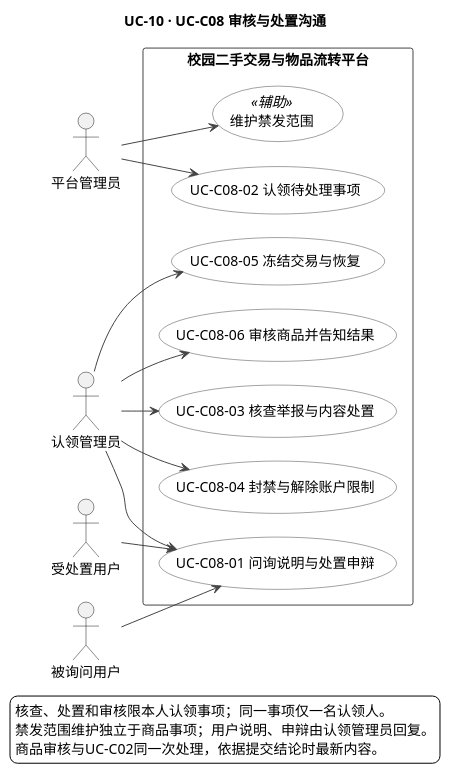
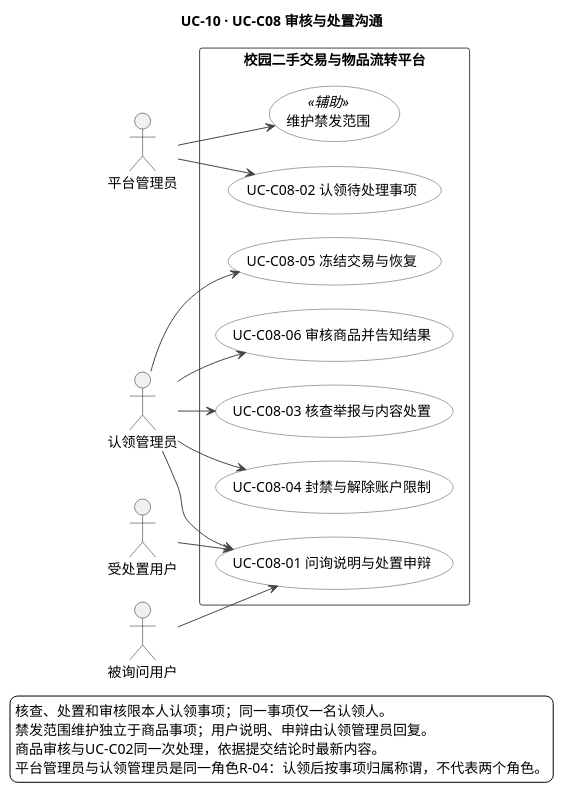
One commit to iy88/se-course-project-1 changed the diagram in docs/appendices/models/UC-10-审核与处置沟通用例图.puml. Above: the diagram before and after it, drawn with PlantUML. The commit also changed 14 other files, not shown here.

```diff
--- a/docs/appendices/models/UC-10-审核与处置沟通用例图.puml
+++ b/docs/appendices/models/UC-10-审核与处置沟通用例图.puml
@@ -1,96 +1,97 @@
 @startuml
-' Version: 0.1.0
-' Version-Datetime: 2026-10-26T12:37:57+08:00
+' Version: 0.1.1
+' Version-Datetime: 2026-10-29T14:58:36+08:00
 title UC-10 · UC-C08 审核与处置沟通
 
 skinparam backgroundColor #FFFFFF
 skinparam defaultFontName "PingFang SC"
 skinparam shadowing false
 skinparam nodesep 24
 skinparam ranksep 38
 skinparam usecase {
   BackgroundColor #FFFFFF
   BorderColor #444444
 }
 skinparam rectangle {
   BackgroundColor #FFFFFF
   BorderColor #444444
 }
 skinparam ArrowColor #444444
 skinparam noteBackgroundColor #FFFFFF
 left to right direction
 
 actor 平台管理员 as Admin
 actor 认领管理员 as ClaimAdmin
 actor 受处置用户 as Sanctioned
 actor 被询问用户 as Inquired
 
 rectangle "校园二手交易与物品流转平台" {
   usecase (UC-C08-01 问询说明与处置申辩) as C0801
   usecase (UC-C08-02 认领待处理事项) as C0802
   usecase (UC-C08-03 核查举报与内容处置) as C0803
   usecase (UC-C08-04 封禁与解除账户限制) as C0804
   usecase (UC-C08-05 冻结交易与恢复) as C0805
   usecase (UC-C08-06 审核商品并告知结果) as C0806
   usecase (维护禁发范围) as C08A1 <<辅助>>
 }
 
 Admin --> C0802
 Admin --> C08A1
 ClaimAdmin --> C0801
 ClaimAdmin --> C0803
 ClaimAdmin --> C0804
 ClaimAdmin --> C0805
 ClaimAdmin --> C0806
 Sanctioned --> C0801
 Inquired --> C0801
 
 ' note right of C0802
 '   同一事项同时仅一名认领人；管理员待办来自
 '   共享处理池，不发送站内通知（BR-34）。
 ' end note
 
 ' note bottom of C0801
 '   问询先发通知并说明范围；实际处置后受处置
 '   用户可申辩；说明与申辩分别记录，认领管理员
 '   在原事项回复并留痕；举报人无权读取对方申辩
 '   （BR-26、BR-32、BR-33）。
 ' end note
 
 ' note bottom of C0803
 '   仅限本人认领事项；非公开记录按必要范围访问，
 '   私聊消息仅限相关举报或争议所需（BR-19、BR-34）。
 ' end note
 
 ' note bottom of C0804
 '   记录理由、执行者及时间；解除后按原资格恢复，
 '   其他有效限制保留；非在售商品不自动上架
 '   （BR-32、TR-10）。
 ' end note
 
 ' note bottom of C0805
 '   冻结以交易进度暂停标记表达；禁发双方普通
 '   私聊及全部交易分支，历史可读；与第三方聊天
 '   不受影响；结束或解除须留据（BR-33）。
 ' end note
 
 ' note bottom of C0806
 '   与 UC-C02 商品审核是同一次业务处理；记录当次
 '   内容、结论及原因，通知发布者；待审核期认领后仍可修改，以提交结论时
 '   最新内容为审核依据（BR-10）。
 ' end note
 
 ' note right of C08A1
 '   独立于具体商品审核，不要求先认领商品；保存后
 '   向已登录用户展示，普通用户只读（BR-13、BR-22）。
 ' end note
 
 ' 认领是 03—06 的前置，不是 include；问询或申辩、
 ' 封禁、冻结、审核是不同处置结果，不互相包含。
 ' 举报人仅接收结果通知，经 UC-C07-04 与 UC-C11 体现。
 legend bottom
 核查、处置和审核限本人认领事项；同一事项仅一名认领人。
 禁发范围维护独立于商品事项；用户说明、申辩由认领管理员回复。
 商品审核与UC-C02同一次处理，依据提交结论时最新内容。
+平台管理员与认领管理员是同一角色R-04：认领后按事项归属称谓，不代表两个角色。
 endlegend
 @enduml
```
